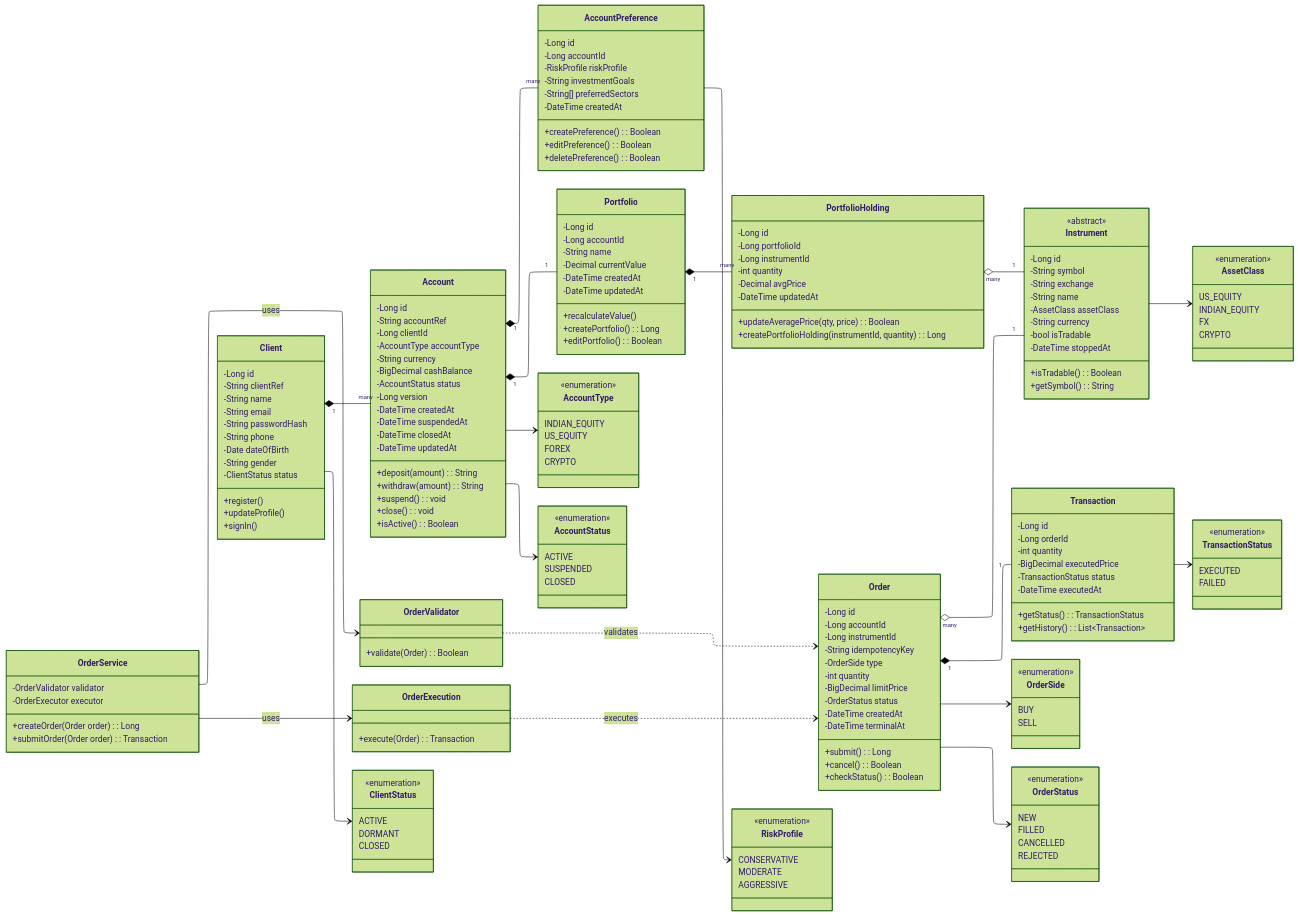
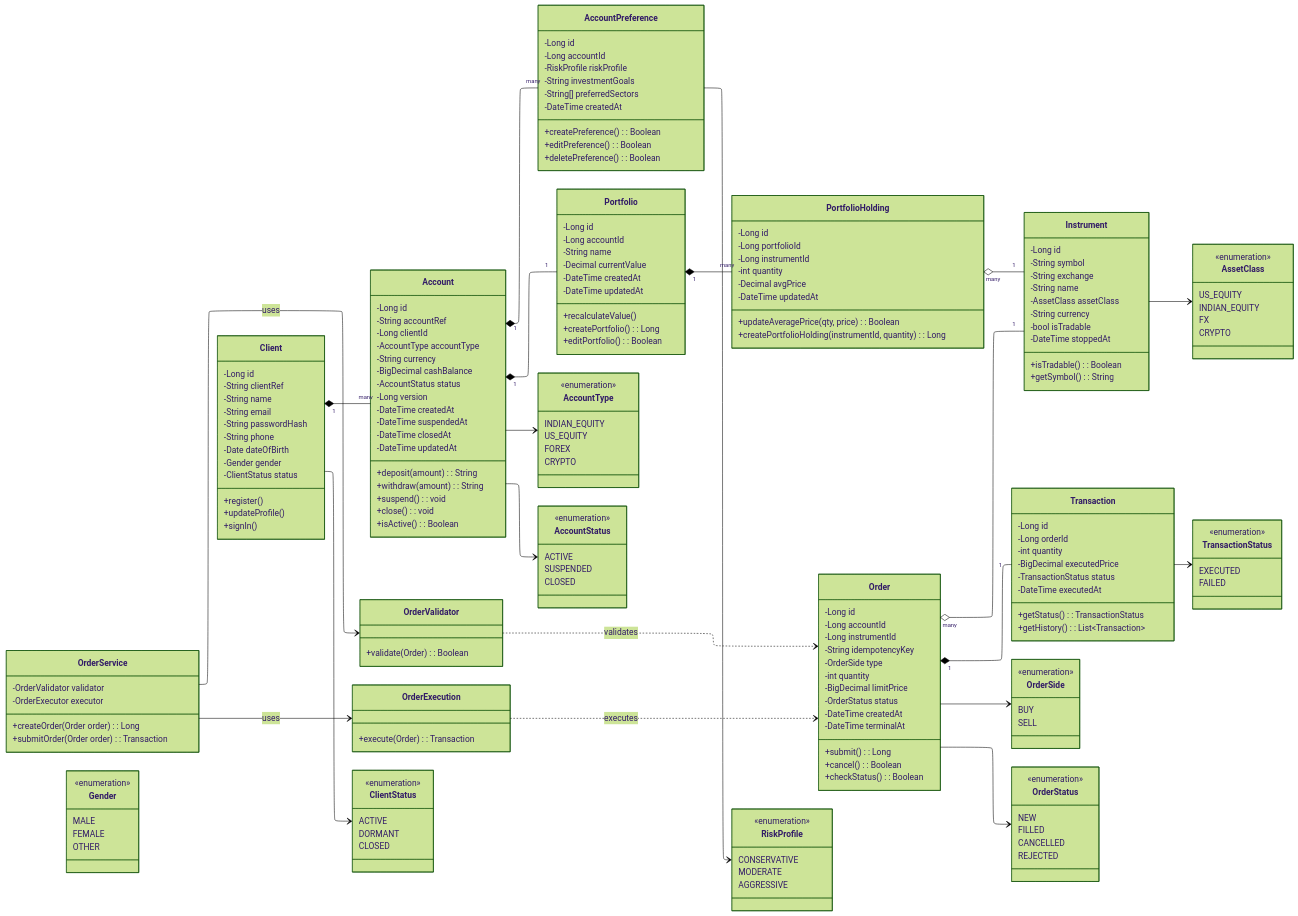
The diagram in backend/design/class_diagram.mmd (IM-RAHUL-RAJ/k8s-solution), drawn with Mermaid (forest theme) before and after one commit.

Commit message:
Adding Gender Enum to class diagram

```diff
--- a/backend/design/class_diagram.mmd
+++ b/backend/design/class_diagram.mmd
@@ -15,7 +15,7 @@
         -String passwordHash
         -String phone
         -Date dateOfBirth
-        -String gender
+        -Gender gender
         -ClientStatus status
         +register()
         +updateProfile()
@@ -78,7 +78,6 @@
     }
 
     class Instrument {
-        <<abstract>>
         -Long id
         -String symbol
         -String exchange
@@ -138,6 +137,13 @@
     }
 
     %% Enums
+
+    class Gender {
+        <<enumeration>>
+        MALE
+        FEMALE
+        OTHER
+    }
 
     class ClientStatus {
         <<enumeration>>
```
